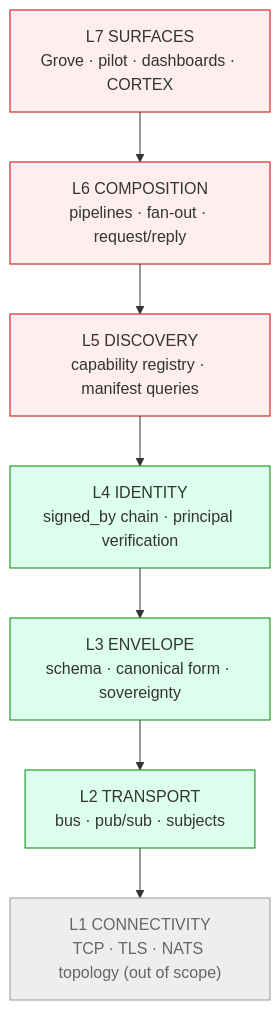
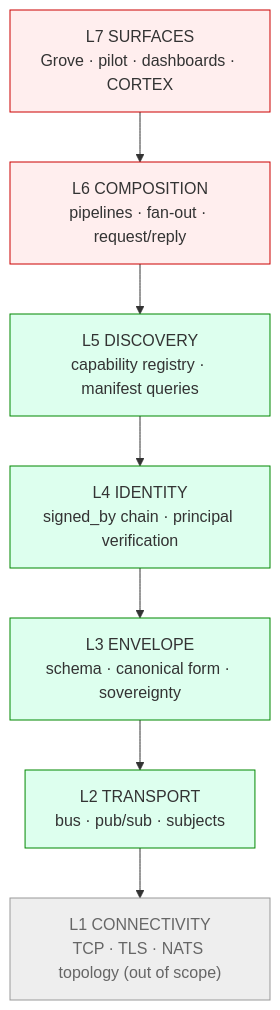
Before and after one commit to the-metafactory/myelin: the diagram in docs/architecture.md, drawn with Mermaid. The commit also changed other lines of this file, not shown here.

First line of the commit message:
docs(architecture): tell the truth about L4/L5/L6 and shared modules

````diff
--- a/docs/architecture.md
+++ b/docs/architecture.md
@@ -48,17 +48,17 @@
 ```mermaid
 flowchart TB
   L7["L7 SURFACES<br/>Grove · pilot · dashboards · CORTEX"]
   L6["L6 COMPOSITION<br/>pipelines · fan-out · request/reply"]
   L5["L5 DISCOVERY<br/>capability registry · manifest queries"]
   L4["L4 IDENTITY<br/>signed_by chain · principal verification"]
   L3["L3 ENVELOPE<br/>schema · canonical form · sovereignty"]
   L2["L2 TRANSPORT<br/>bus · pub/sub · subjects"]
   L1["L1 CONNECTIVITY<br/>TCP · TLS · NATS topology (out of scope)"]
   L7 --> L6 --> L5 --> L4 --> L3 --> L2 --> L1
   classDef oos fill:#eee,stroke:#999,color:#666;
   classDef impl fill:#dfe,stroke:#080;
   classDef pend fill:#fee,stroke:#c00;
   class L1 oos;
-  class L2,L3,L4 impl;
-  class L5,L6,L7 pend;
+  class L2,L3,L4,L5 impl;
+  class L6,L7 pend;
 ```
````
